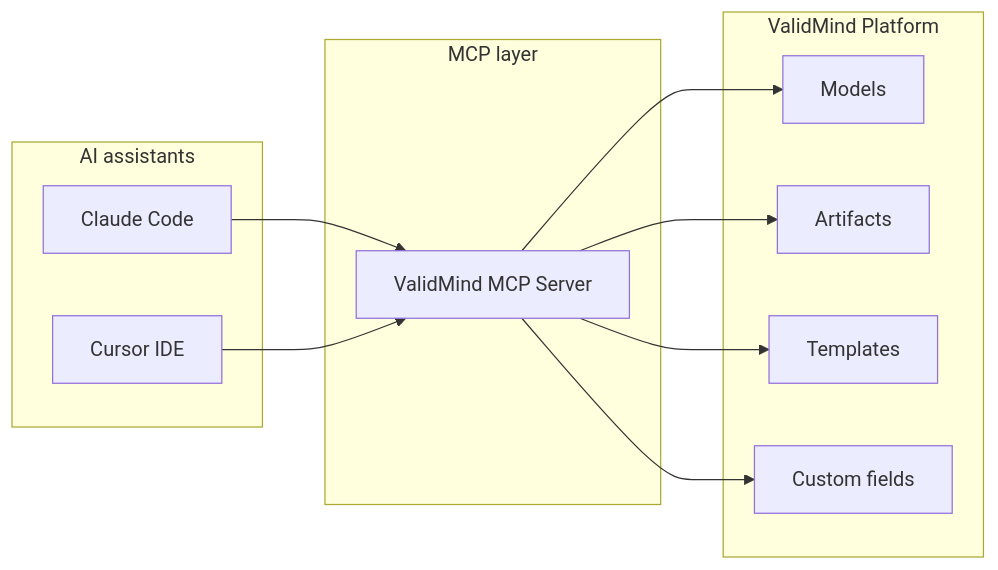
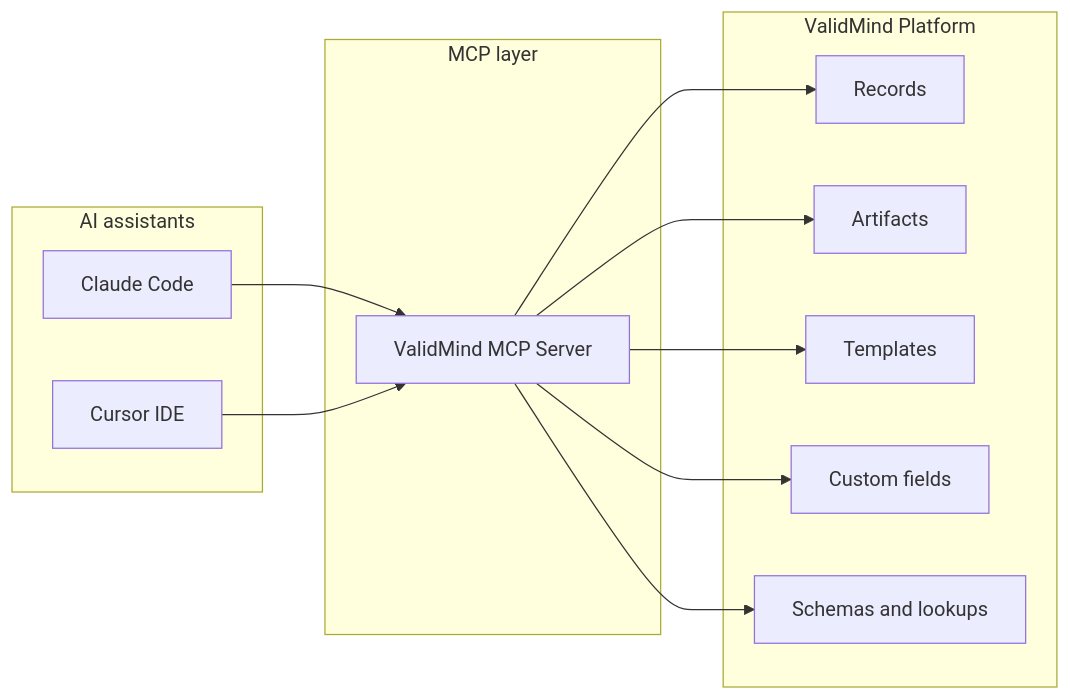
One commit to validmind/documentation changed the diagram in site/guide/mcp/connect-ai-assistants-via-mcp.qmd. Above: the diagram before and after it, drawn with Mermaid. The commit also changed other lines of this file and 5 other files, not shown here.

````diff
--- a/site/guide/mcp/connect-ai-assistants-via-mcp.qmd
+++ b/site/guide/mcp/connect-ai-assistants-via-mcp.qmd
@@ -21,25 +21,27 @@
 ```{mermaid}
 graph LR
     subgraph ai [AI assistants]
         Claude[Claude Code]
         Cursor[Cursor IDE]
     end
     
     subgraph mcp [MCP layer]
         MCPServer[ValidMind MCP Server]
     end
     
     subgraph vm [ValidMind Platform]
-        Models[Models]
+        Records[Records]
         Artifacts[Artifacts]
         Templates[Templates]
-        CustomFields[Custom fields]
+        Fields[Custom fields]
+        Lookups[Schemas and lookups]
     end
     
     Claude --> MCPServer
     Cursor --> MCPServer
-    MCPServer --> Models
+    MCPServer --> Records
     MCPServer --> Artifacts
     MCPServer --> Templates
-    MCPServer --> CustomFields
+    MCPServer --> Fields
+    MCPServer --> Lookups
 ```
````
